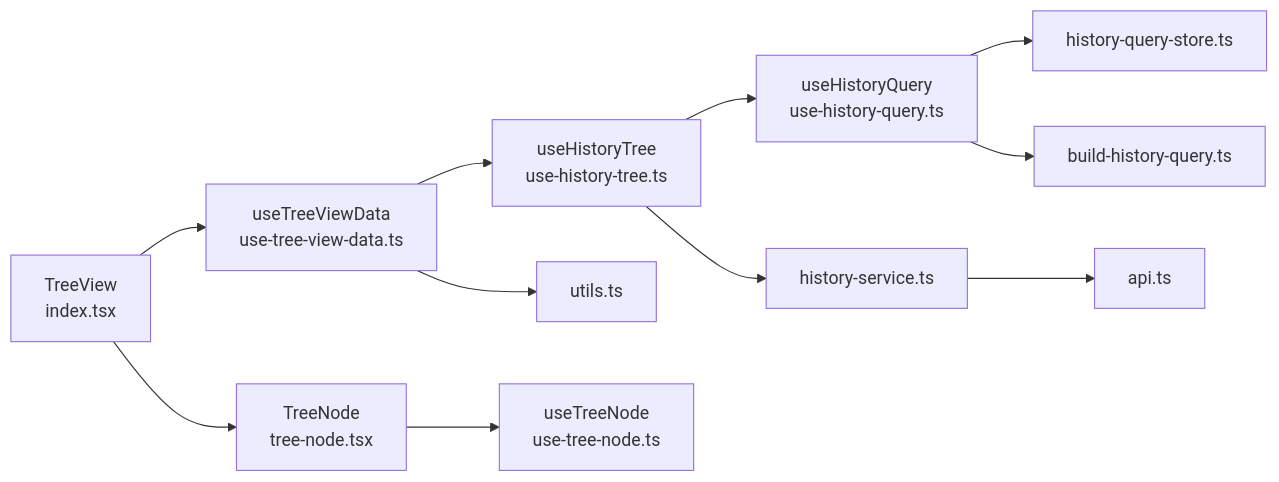
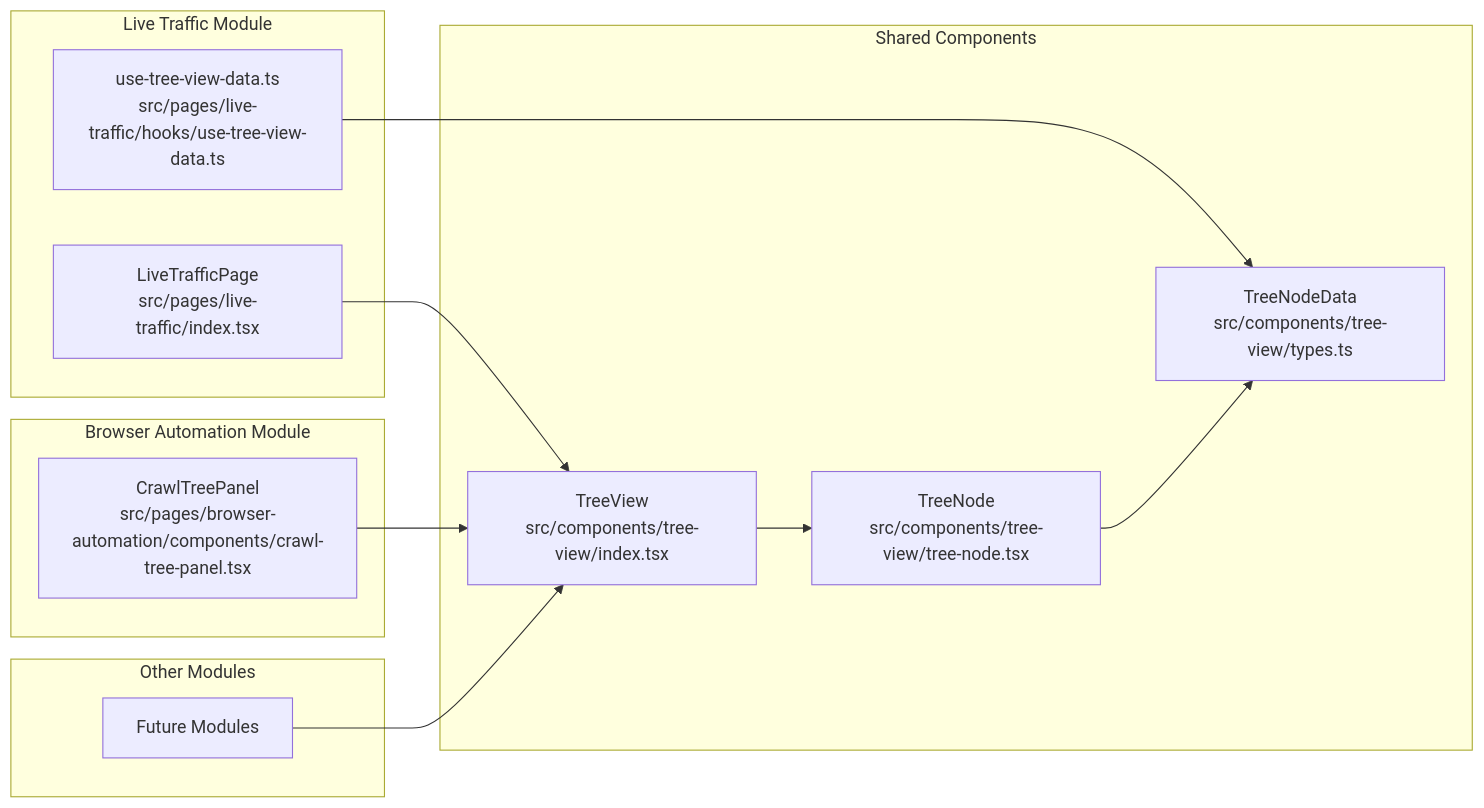
Before and after one commit to arhamymr/hexbuffer: the third of 4 diagrams in .qoder/repowiki/en/content/Live Traffic Analysis/Tree View Navigation.md, drawn with Mermaid. The commit also changed other lines of this file and 21 other files, not shown here.

````diff
--- a/.qoder/repowiki/en/content/Live Traffic Analysis/Tree View Navigation.md
+++ b/.qoder/repowiki/en/content/Live Traffic Analysis/Tree View Navigation.md
@@ -278,13 +271,24 @@
 ```mermaid
 graph LR
-TV["TreeView<br/>index.tsx"] --> HTVD["useTreeViewData<br/>use-tree-view-data.ts"]
-HTVD --> HHT["useHistoryTree<br/>use-history-tree.ts"]
-HHT --> HHQ["useHistoryQuery<br/>use-history-query.ts"]
-HHQ --> HQStore["history-query-store.ts"]
-HHQ --> BHQ["build-history-query.ts"]
-HHT --> HServ["history-service.ts"]
-HServ --> API["api.ts"]
-TV --> TN["TreeNode<br/>tree-node.tsx"]
-TN --> HTN["useTreeNode<br/>use-tree-node.ts"]
-HTVD --> Utils["utils.ts"]
+subgraph "Shared Components"
+SharedTV["TreeView<br/>src/components/tree-view/index.tsx"]
+SharedTN["TreeNode<br/>src/components/tree-view/tree-node.tsx"]
+SharedTypes["TreeNodeData<br/>src/components/tree-view/types.ts"]
+end
+subgraph "Live Traffic Module"
+LTIndex["LiveTrafficPage<br/>src/pages/live-traffic/index.tsx"]
+LTData["use-tree-view-data.ts<br/>src/pages/live-traffic/hooks/use-tree-view-data.ts"]
+end
+subgraph "Browser Automation Module"
+BAIndex["CrawlTreePanel<br/>src/pages/browser-automation/components/crawl-tree-panel.tsx"]
+end
+subgraph "Other Modules"
+Other["Future Modules"]
+end
+LTIndex --> SharedTV
+BAIndex --> SharedTV
+LTData --> SharedTypes
+SharedTV --> SharedTN
+SharedTN --> SharedTypes
+Other --> SharedTV
 ```
````
